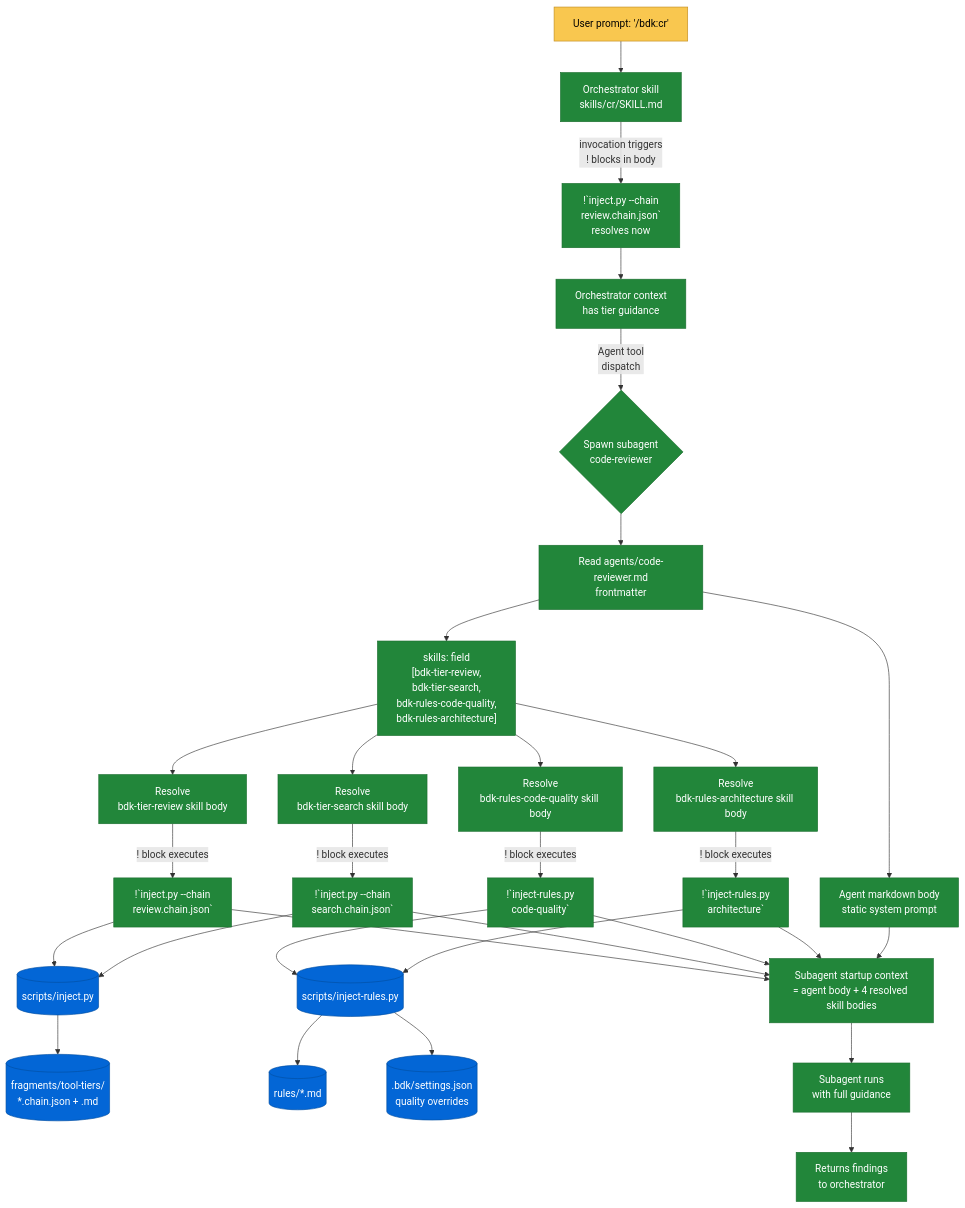
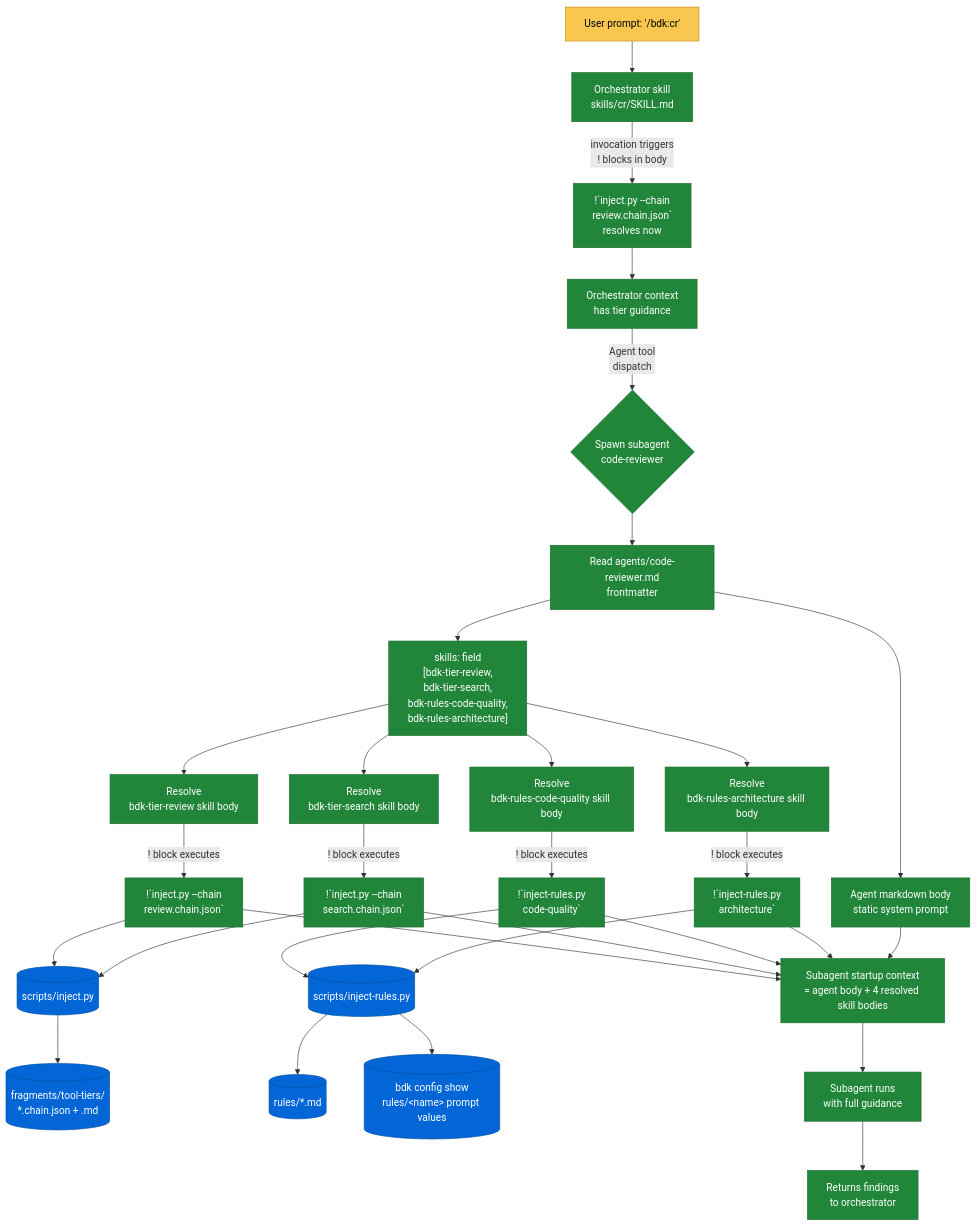
Before and after one commit to broneq/bdk: the first of 3 diagrams in docs/INJECTION-FLOWS.md, drawn with Mermaid. The commit also changed other lines of this file and 10 other files, not shown here.

First line of the commit message:
docs: describe YAML settings and prompt values (T12)

````diff
--- a/docs/INJECTION-FLOWS.md
+++ b/docs/INJECTION-FLOWS.md
@@ -314,52 +313,52 @@
 ```mermaid
 flowchart TD
     User[User prompt: '/bdk:cr'] --> Orchestrator[Orchestrator skill<br/>skills/cr/SKILL.md]
 
     Orchestrator -->|invocation triggers<br/>! blocks in body| OrchInject["!`inject.py --chain<br/>review.chain.json`<br/>resolves now"]
     OrchInject --> OrchCtx[Orchestrator context<br/>has tier guidance]
 
     OrchCtx -->|Agent tool<br/>dispatch| AgentDispatch{Spawn subagent<br/>code-reviewer}
 
     AgentDispatch --> ReadFrontmatter[Read agents/code-reviewer.md<br/>frontmatter]
 
     ReadFrontmatter --> SkillsField["skills: field<br/>[bdk-tier-review,<br/> bdk-tier-search,<br/> bdk-rules-code-quality,<br/> bdk-rules-architecture]"]
 
     SkillsField --> ResolveSkill1[Resolve<br/>bdk-tier-review skill body]
     SkillsField --> ResolveSkill2[Resolve<br/>bdk-tier-search skill body]
     SkillsField --> ResolveSkill3[Resolve<br/>bdk-rules-code-quality skill body]
     SkillsField --> ResolveSkill4[Resolve<br/>bdk-rules-architecture skill body]
 
     ResolveSkill1 -->|! block executes| Run1["!`inject.py --chain<br/>review.chain.json`"]
     ResolveSkill2 -->|! block executes| Run2["!`inject.py --chain<br/>search.chain.json`"]
     ResolveSkill3 -->|! block executes| Run3["!`inject-rules.py<br/>code-quality`"]
     ResolveSkill4 -->|! block executes| Run4["!`inject-rules.py<br/>architecture`"]
 
     Run1 --> InjectPy[(scripts/inject.py)]
     Run2 --> InjectPy
     InjectPy --> Fragments[(fragments/tool-tiers/<br/>*.chain.json + .md)]
 
     Run3 --> InjectRulesPy[(scripts/inject-rules.py)]
     Run4 --> InjectRulesPy
     InjectRulesPy --> Rules[(rules/*.md)]
-    InjectRulesPy --> Settings[(.bdk/settings.json<br/>quality overrides)]
+    InjectRulesPy --> Settings[(bdk config show<br/>rules/&lt;name&gt; prompt values)]
 
     Run1 --> SubCtx
     Run2 --> SubCtx
     Run3 --> SubCtx
     Run4 --> SubCtx
     ReadFrontmatter --> AgentBody[Agent markdown body<br/>static system prompt]
     AgentBody --> SubCtx
 
     SubCtx[Subagent startup context<br/>= agent body + 4 resolved skill bodies]
 
     SubCtx --> SubRun[Subagent runs<br/>with full guidance]
     SubRun --> Result[Returns findings<br/>to orchestrator]
 
     classDef working fill:#22863a,color:#fff,stroke:#1a6e2e
     classDef data fill:#0366d6,color:#fff,stroke:#024ea2
     classDef entry fill:#f9c74f,color:#000,stroke:#c08c1f
 
     class Orchestrator,OrchInject,OrchCtx,AgentDispatch,ReadFrontmatter,SkillsField,ResolveSkill1,ResolveSkill2,ResolveSkill3,ResolveSkill4,Run1,Run2,Run3,Run4,SubCtx,SubRun,Result,AgentBody working
     class InjectPy,InjectRulesPy,Fragments,Rules,Settings data
     class User entry
 ```
````
